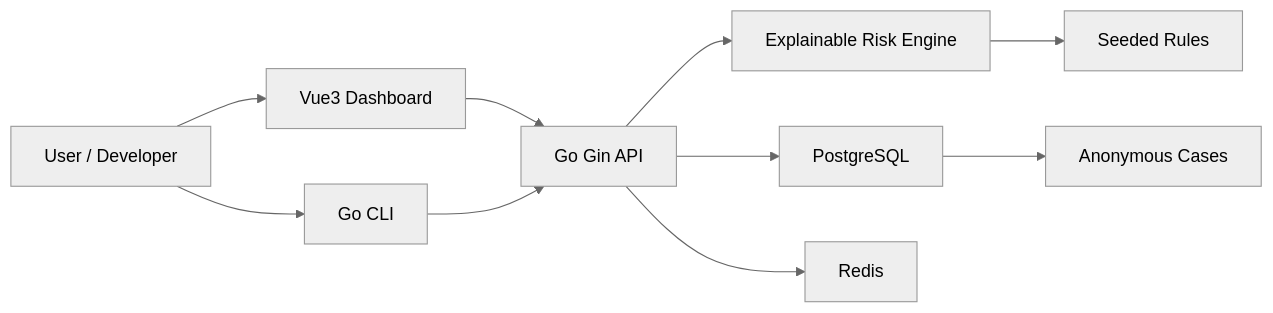
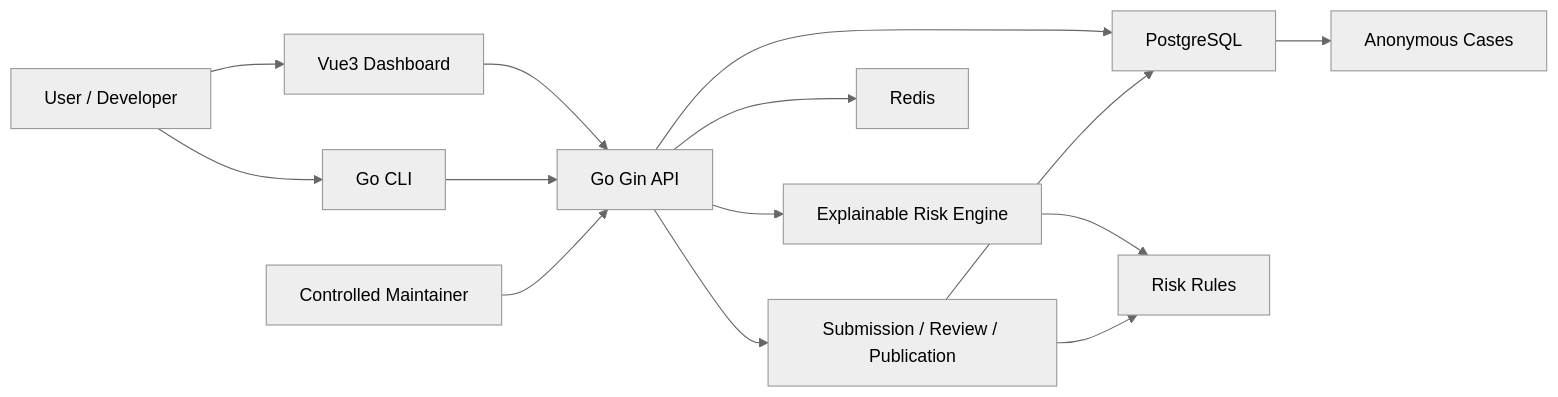
Before and after one commit to qiuweiyu/antifraud-knowledgehub: the diagram in README.md, drawn with Mermaid (neutral theme). The commit also changed other lines of this file and 7 other files, not shown here.

````diff
--- a/README.md
+++ b/README.md
@@ -96,12 +103,16 @@
 ```mermaid
 flowchart LR
   User["User / Developer"] --> Frontend["Vue3 Dashboard"]
   User --> CLI["Go CLI"]
   Frontend --> API["Go Gin API"]
   CLI --> API
   API --> Engine["Explainable Risk Engine"]
   API --> DB["PostgreSQL"]
   API --> Redis["Redis"]
-  Engine --> Rules["Seeded Rules"]
+  Engine --> Rules["Risk Rules"]
   DB --> Cases["Anonymous Cases"]
+  Maintainer["Controlled Maintainer"] --> API
+  API --> Workflow["Submission / Review / Publication"]
+  Workflow --> DB
+  Workflow --> Rules
 ```
````
